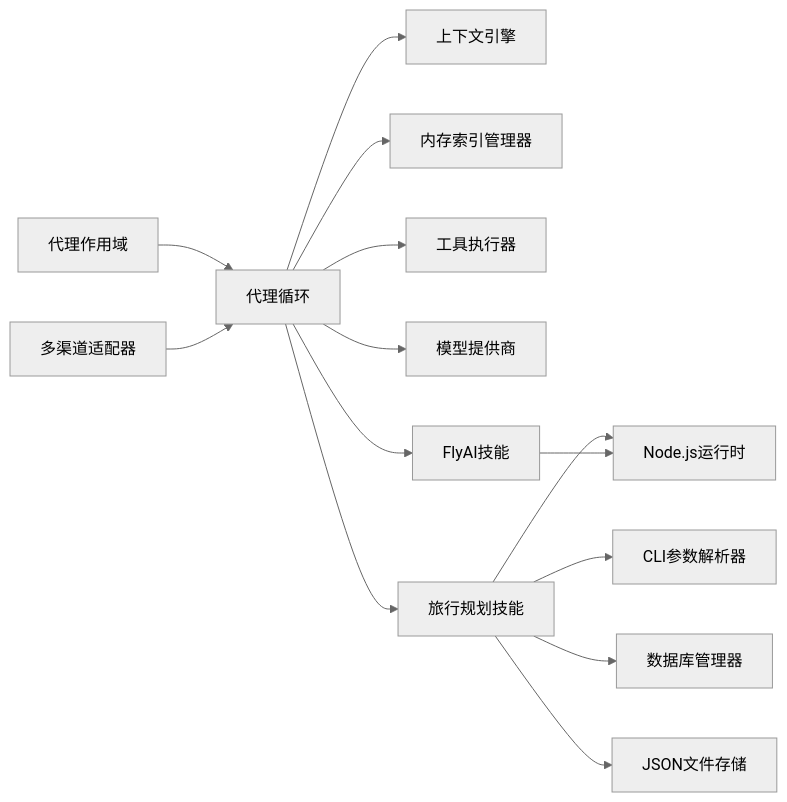
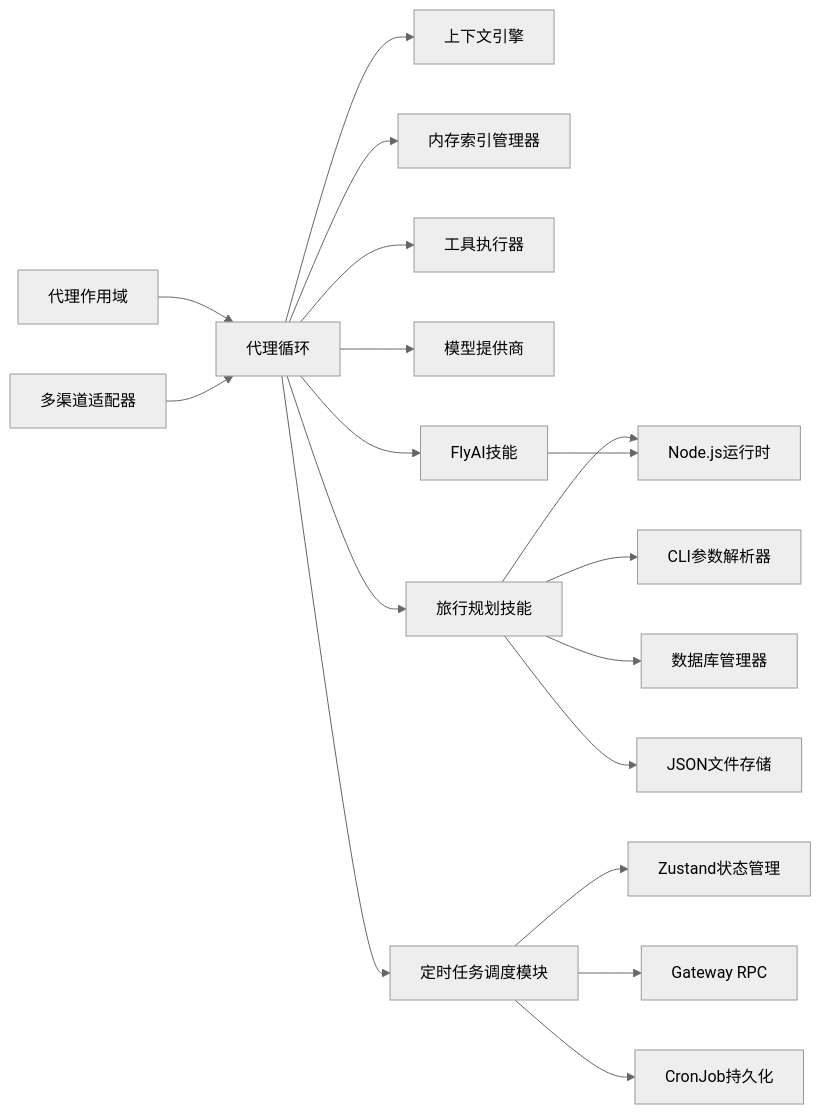
Diagram 15 of 15 in .qoder/repowiki/zh/content/AI代理系统/AI代理系统.md (verse-ai-org/openclaw), drawn with Mermaid (neutral theme) before and after one commit. The commit also changed other lines of this file and 55 other files, not shown here.

````diff
--- a/.qoder/repowiki/zh/content/AI代理系统/AI代理系统.md
+++ b/.qoder/repowiki/zh/content/AI代理系统/AI代理系统.md
@@ -533,16 +717,20 @@
 ```mermaid
 graph LR
 AgentScope["代理作用域"] --> AgentLoop["代理循环"]
 AgentLoop --> CE["上下文引擎"]
 AgentLoop --> Memory["内存索引管理器"]
 AgentLoop --> Tools["工具执行器"]
 AgentLoop --> Providers["模型提供商"]
 AgentLoop --> TravelSkills["旅行规划技能"]
 AgentLoop --> FlyAISkills["FlyAI技能"]
+AgentLoop --> CronModule["定时任务调度模块"]
 Channels["多渠道适配器"] --> AgentLoop
 TravelSkills --> NodeRuntime["Node.js运行时"]
 TravelSkills --> CLIParser["CLI参数解析器"]
 TravelSkills --> DBManager["数据库管理器"]
 TravelSkills --> JSONStorage["JSON文件存储"]
 FlyAISkills --> NodeRuntime
+CronModule --> Zustand["Zustand状态管理"]
+CronModule --> Gateway["Gateway RPC"]
+CronModule --> CronJobs["CronJob持久化"]
 ```
````
